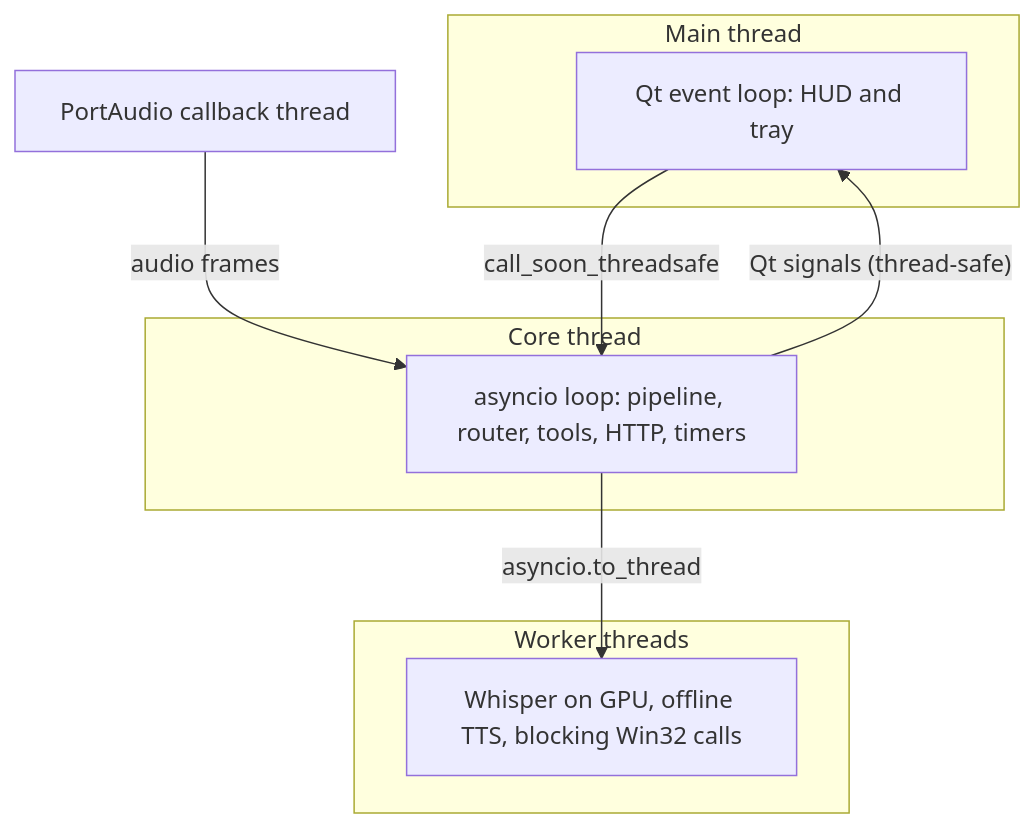
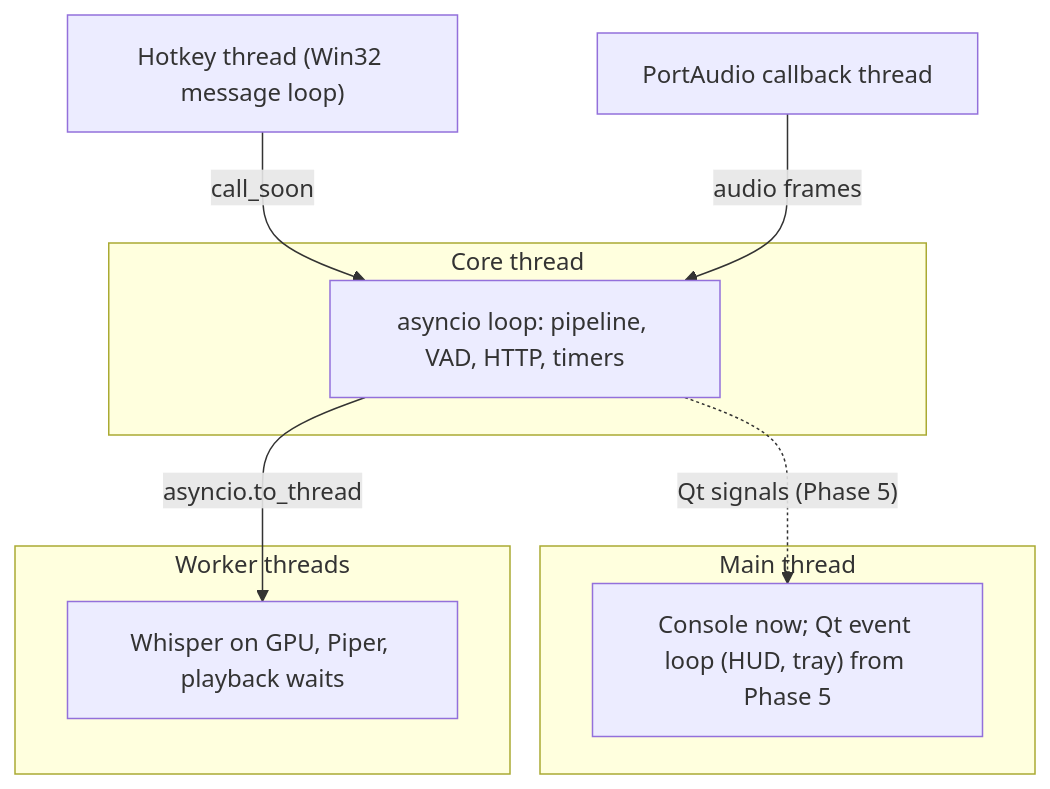
One commit to VitorCamprubi/jarvis changed the third of 3 diagrams in docs/ARCHITECTURE.md. Above: the diagram before and after it, drawn with Mermaid. The commit also changed other lines of this file and 2 other files, not shown here.

Commit message:
docs: record ADR-018 and update architecture and README for Phase 1

````diff
--- a/docs/ARCHITECTURE.md
+++ b/docs/ARCHITECTURE.md
@@ -42,16 +64,16 @@
 ```mermaid
 flowchart TB
     subgraph main["Main thread"]
-        HUD["Qt event loop: HUD and tray"]
+        HUD["Console now; Qt event loop (HUD, tray) from Phase 5"]
     end
     subgraph core["Core thread"]
-        LOOP["asyncio loop: pipeline, router, tools, HTTP, timers"]
+        LOOP["asyncio loop: pipeline, VAD, HTTP, timers"]
     end
     subgraph pool["Worker threads"]
-        W["Whisper on GPU, offline TTS, blocking Win32 calls"]
+        W["Whisper on GPU, Piper, playback waits"]
     end
+    HK["Hotkey thread (Win32 message loop)"] -- call_soon --> LOOP
     MIC["PortAudio callback thread"] -- audio frames --> LOOP
-    LOOP -- "Qt signals (thread-safe)" --> HUD
-    HUD -- "call_soon_threadsafe" --> LOOP
     LOOP -- "asyncio.to_thread" --> W
+    LOOP -. "Qt signals (Phase 5)" .-> HUD
 ```
````
